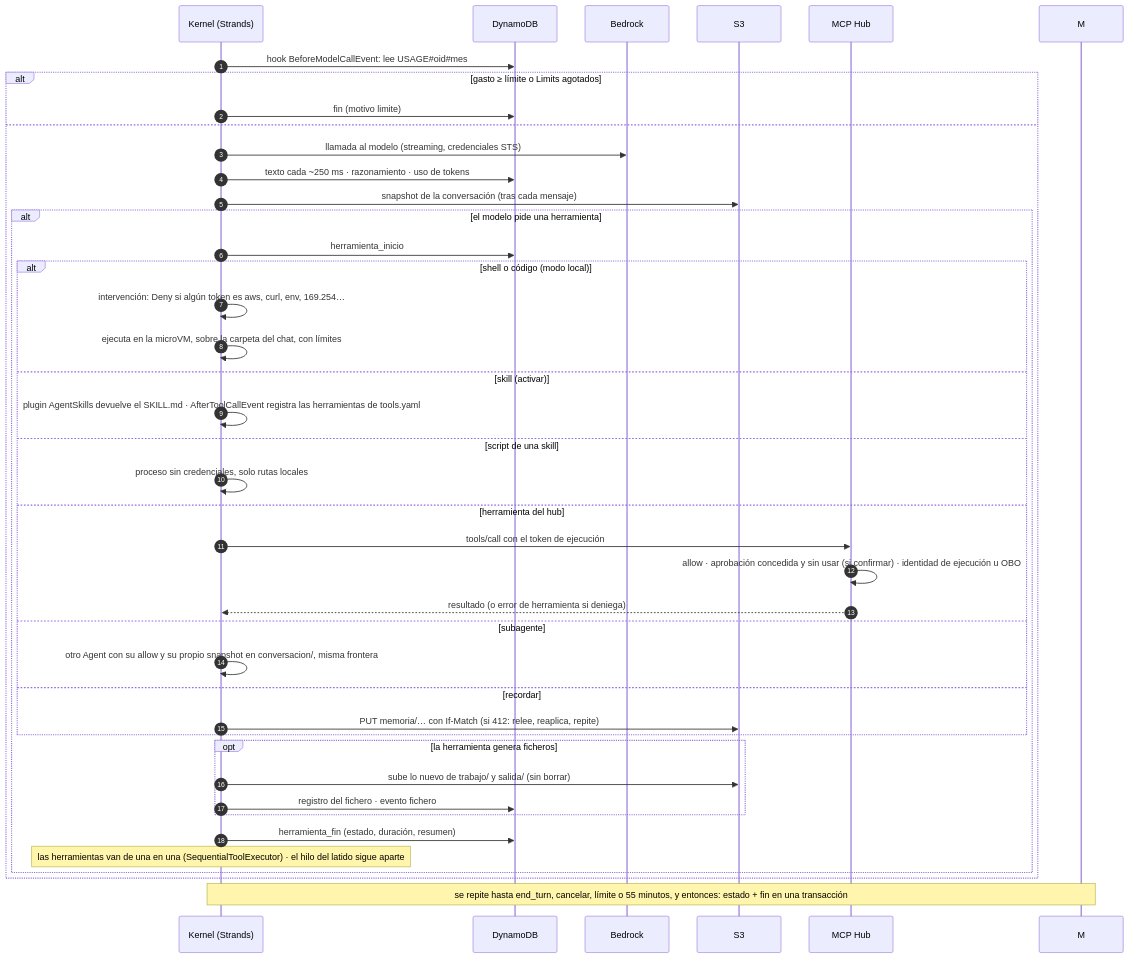
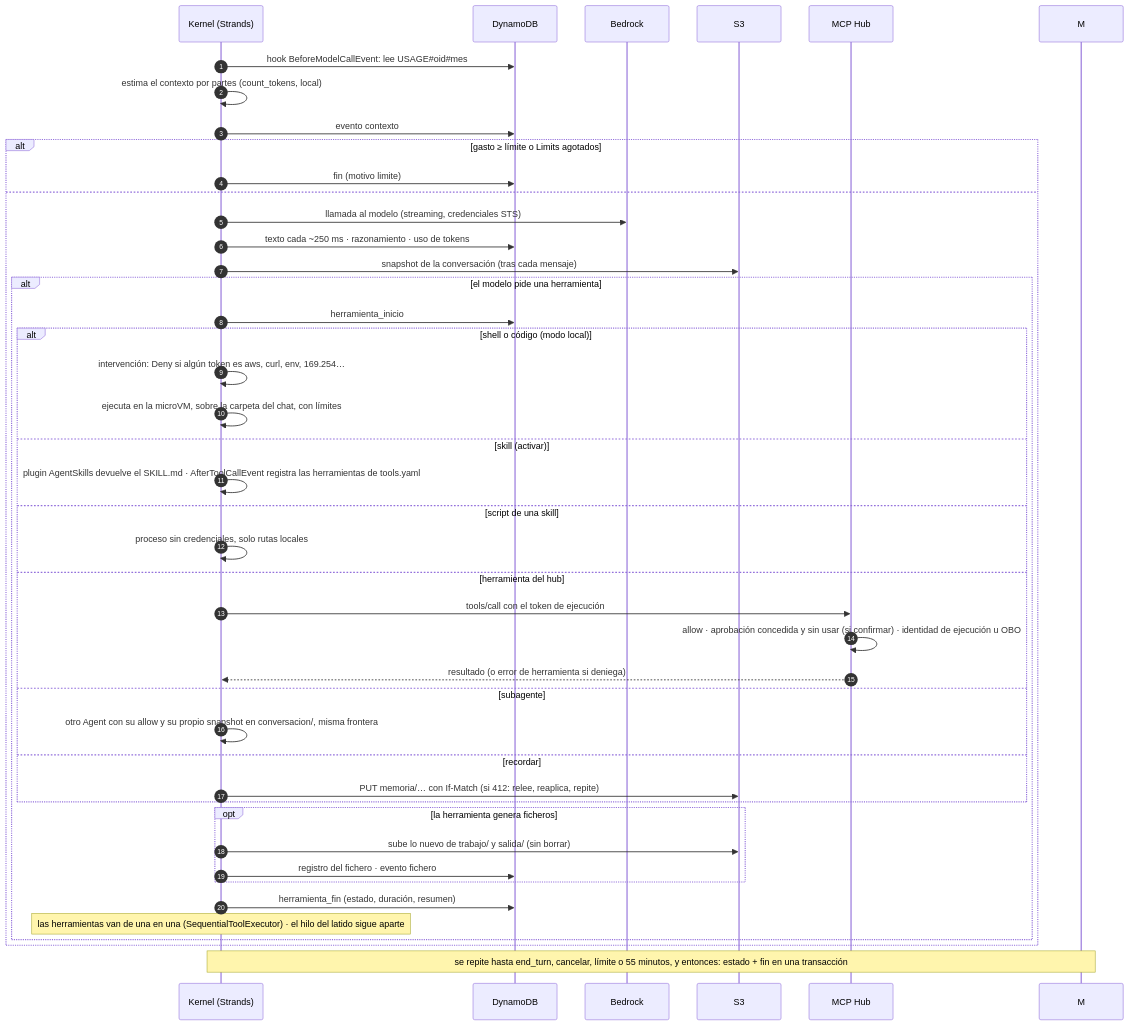
The third of 9 diagrams in docs/arquitectura-agentes.md (ikermendi/sample-agent-platform-with-agentcore), drawn with Mermaid before and after one commit. The commit also changed other lines of this file, not shown here.

First line of the commit message:
docs: visibilidad del contexto (evento contexto, indicador en la app y en el panel) y modo automático de Strands por verificar

````diff
--- a/docs/arquitectura-agentes.md
+++ b/docs/arquitectura-agentes.md
@@ -409,44 +412,46 @@
 ```mermaid
 sequenceDiagram
   autonumber
   participant K as Kernel (Strands)
   participant D as DynamoDB
   participant B as Bedrock
   participant S3 as S3
   participant H as MCP Hub
 
   K->>D: hook BeforeModelCallEvent: lee USAGE#35;oid#35;mes
+  K->>K: estima el contexto por partes (count_tokens, local)
+  K->>D: evento contexto
   alt gasto ≥ límite o Limits agotados
     K->>D: fin (motivo limite)
   else
     K->>B: llamada al modelo (streaming, credenciales STS)
     K->>D: texto cada ~250 ms · razonamiento · uso de tokens
     K->>S3: snapshot de la conversación (tras cada mensaje)
     alt el modelo pide una herramienta
       K->>D: herramienta_inicio
       alt shell o código (modo local)
         K->>K: intervención: Deny si algún token es aws, curl, env, 169.254…
         K->>K: ejecuta en la microVM, sobre la carpeta del chat, con límites
       else skill (activar)
         K->>K: plugin AgentSkills devuelve el SKILL.md · AfterToolCallEvent registra las herramientas de tools.yaml
       else script de una skill
         K->>K: proceso sin credenciales, solo rutas locales
       else herramienta del hub
         K->>H: tools/call con el token de ejecución
         H->>H: allow · aprobación concedida y sin usar (si confirmar) · identidad de ejecución u OBO
         H-->>K: resultado (o error de herramienta si deniega)
       else subagente
         K->>K: otro Agent con su allow y su propio snapshot en conversacion/, misma frontera
       else recordar
         K->>S3: PUT memoria/… con If-Match (si 412: relee, reaplica, repite)
       end
       opt la herramienta genera ficheros
         K->>S3: sube lo nuevo de trabajo/ y salida/ (sin borrar)
         K->>D: registro del fichero · evento fichero
       end
       K->>D: herramienta_fin (estado, duración, resumen)
       Note over K: las herramientas van de una en una (SequentialToolExecutor) · el hilo del latido sigue aparte
     end
   end
   Note over K,M: se repite hasta end_turn, cancelar, límite o 55 minutos, y entonces: estado + fin en una transacción
 ```
````
